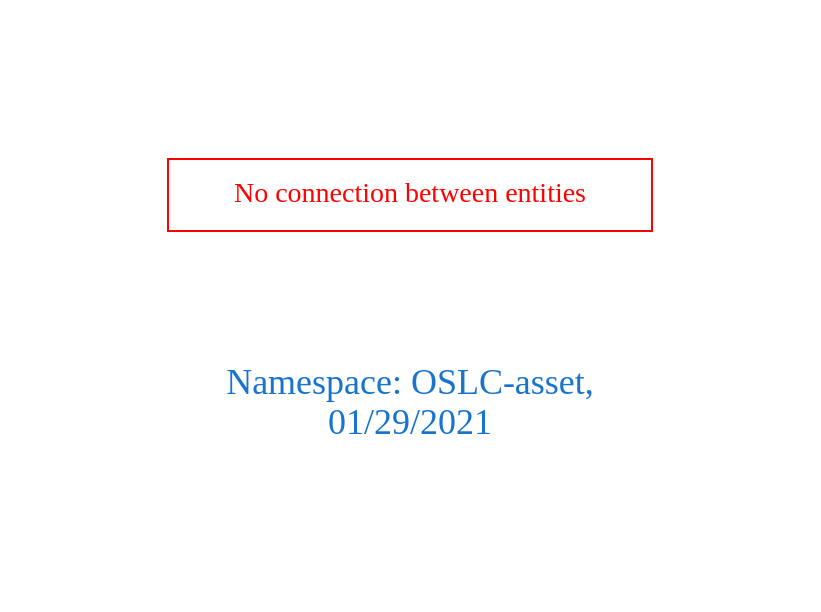
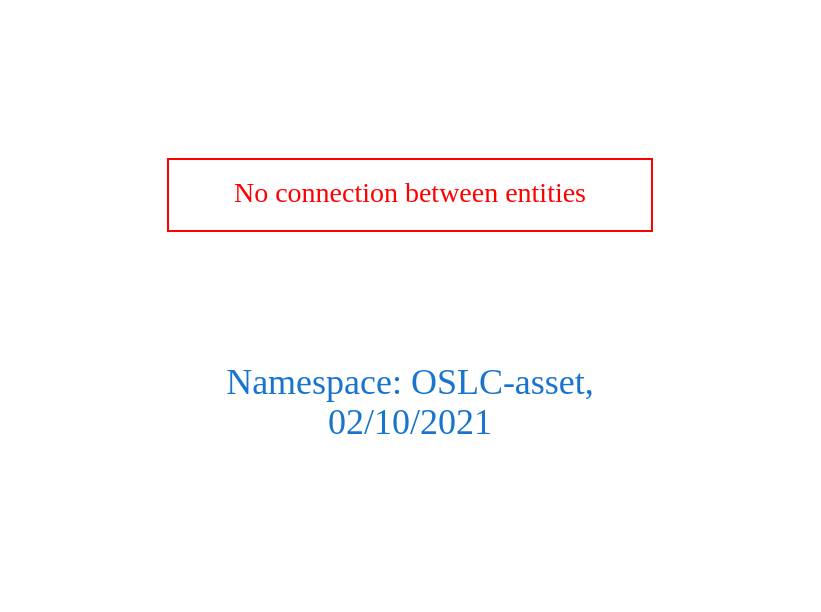
The diagram in downloads/OSLC-asset.dot (arago/OGIT), drawn with Graphviz before and after one commit. The commit also changed 1867 other files, not shown here.

```diff
--- a/downloads/OSLC-asset.dot
+++ b/downloads/OSLC-asset.dot
@@ -1,9 +1,9 @@
 digraph OGIT_ontology {
  graph [ rankdir= LR,pad=1 
 fontsize = 18,
-fontcolor= dodgerblue3,label = "\n\n\nNamespace: OSLC-asset, \n 01/29/2021"];
+fontcolor= dodgerblue3,label = "\n\n\nNamespace: OSLC-asset, \n 02/10/2021"];
 node[shape=polygon];
 edge [  color="gray81"];
 
 "No connection between entities" [fontcolor = "red",color="red", shape="polygon"]
 }
```
